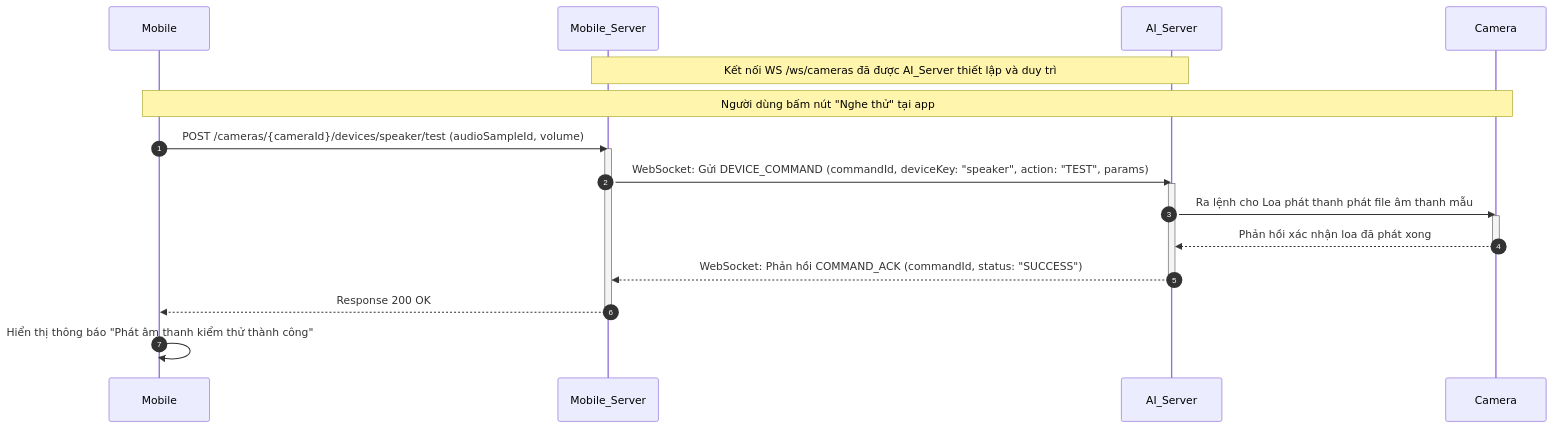
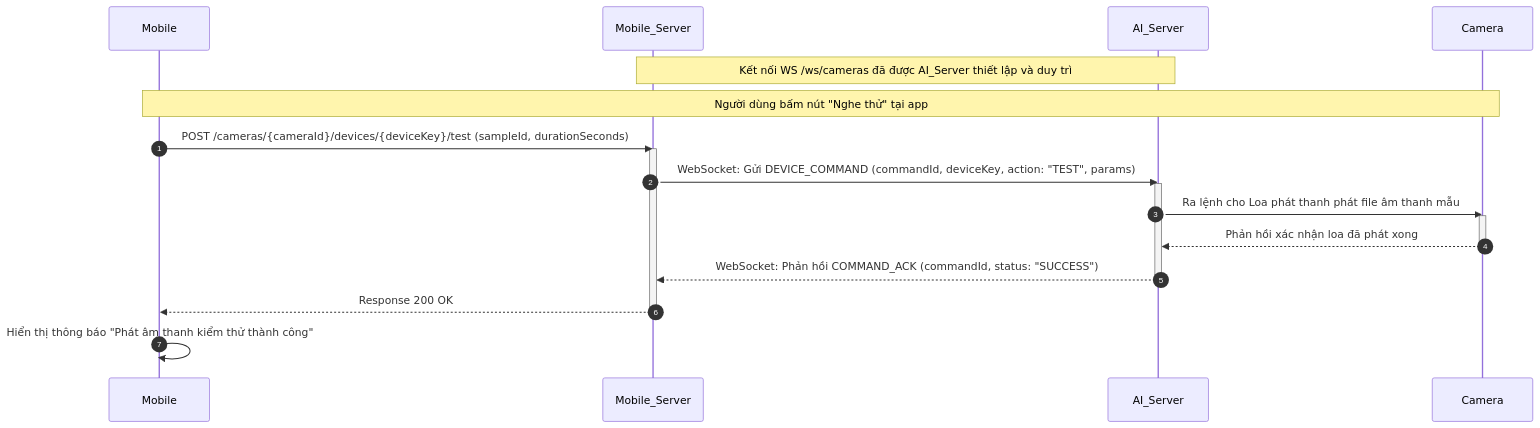
Before and after one commit to trungnguyenthien/Wildlife-Warning-and-Deterrence-System: diagram 15 of 18 in docs/sequence-diagram.md, drawn with Mermaid. The commit also changed 2 other files, not shown here.

Commit message:
docs: update mobile API specifications, Android app screen descriptions, and sequence diagrams

````diff
--- a/docs/sequence-diagram.md
+++ b/docs/sequence-diagram.md
@@ -490,24 +490,24 @@
 ```mermaid
 sequenceDiagram
     autonumber
     participant Mobile as Mobile
     participant Mobile_Server as Mobile_Server
     participant AI_Server as AI_Server
     participant Camera as Camera
 
     Note over AI_Server, Mobile_Server: Kết nối WS /ws/cameras đã được AI_Server thiết lập và duy trì
     Note over Mobile, Camera: Người dùng bấm nút "Nghe thử" tại app
-    Mobile->>Mobile_Server: POST /cameras/{cameraId}/devices/speaker/test (audioSampleId, volume)
+    Mobile->>Mobile_Server: POST /cameras/{cameraId}/devices/{deviceKey}/test (sampleId, durationSeconds)
     activate Mobile_Server
-    Mobile_Server->>AI_Server: WebSocket: Gửi DEVICE_COMMAND (commandId, deviceKey: "speaker", action: "TEST", params)
+    Mobile_Server->>AI_Server: WebSocket: Gửi DEVICE_COMMAND (commandId, deviceKey, action: "TEST", params)
     activate AI_Server
     AI_Server->>Camera: Ra lệnh cho Loa phát thanh phát file âm thanh mẫu
     activate Camera
     Camera-->>AI_Server: Phản hồi xác nhận loa đã phát xong
     deactivate Camera
     AI_Server-->>Mobile_Server: WebSocket: Phản hồi COMMAND_ACK (commandId, status: "SUCCESS")
     deactivate AI_Server
     Mobile_Server-->>Mobile: Response 200 OK
     deactivate Mobile_Server
     Mobile->>Mobile: Hiển thị thông báo "Phát âm thanh kiểm thử thành công"
 ```
````
